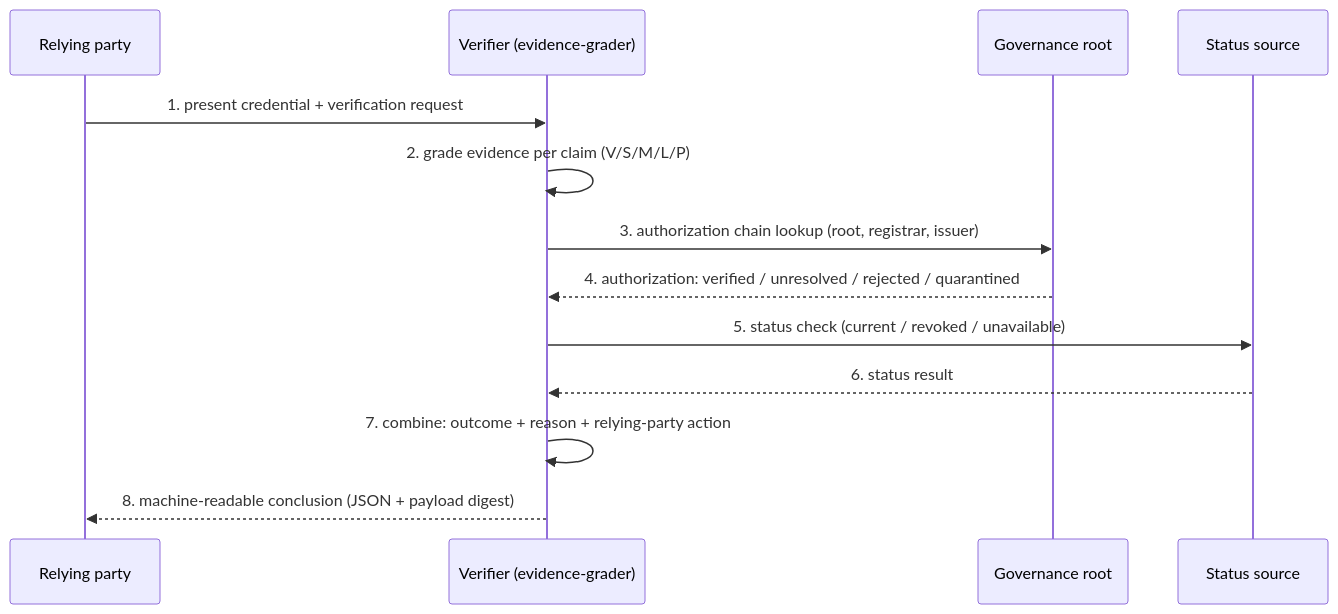
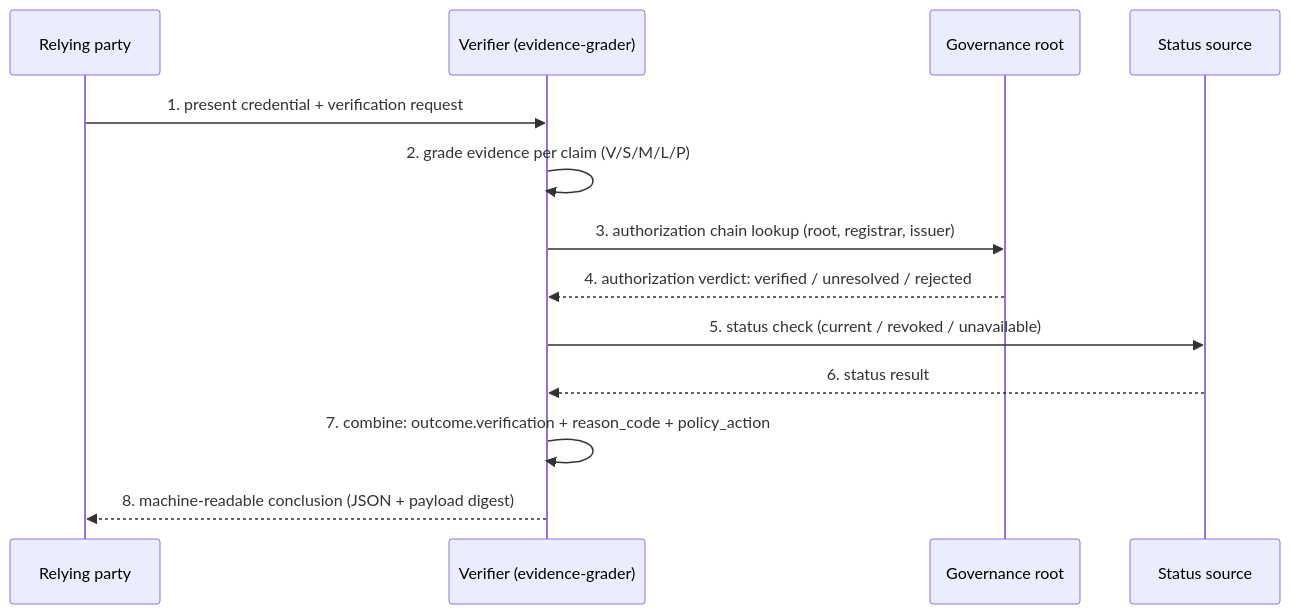
The second of 2 diagrams in worked-examples/cases/README.md (LGD-Eval/evaluation-protocol), drawn with Mermaid before and after one commit. The commit also changed other lines of this file and 18 other files, not shown here.

First line of the commit message:
chore(protocol): merge v1.3 outcome vocabulary, policy separation, digest fix (verified: selftest 35/35, caseA digest reproduced)

````diff
--- a/worked-examples/cases/README.md
+++ b/worked-examples/cases/README.md
@@ -43,15 +63,15 @@
 ```mermaid
 sequenceDiagram
     participant RP as Relying party
     participant V as Verifier (evidence-grader)
     participant R as Governance root
     participant S as Status source
     RP->>V: 1. present credential + verification request
     V->>V: 2. grade evidence per claim (V/S/M/L/P)
     V->>R: 3. authorization chain lookup (root, registrar, issuer)
-    R-->>V: 4. authorization: verified / unresolved / rejected / quarantined
+    R-->>V: 4. authorization verdict: verified / unresolved / rejected
     V->>S: 5. status check (current / revoked / unavailable)
     S-->>V: 6. status result
-    V->>V: 7. combine: outcome + reason + relying-party action
+    V->>V: 7. combine: outcome.verification + reason_code + policy_action
     V-->>RP: 8. machine-readable conclusion (JSON + payload digest)
 ```
````
